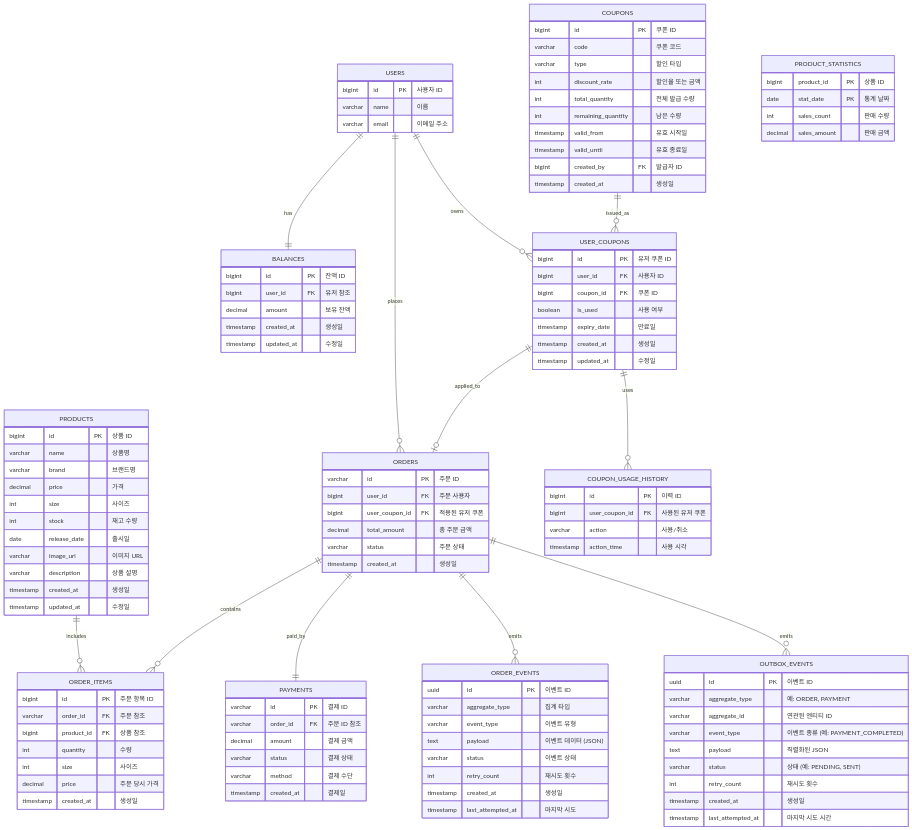
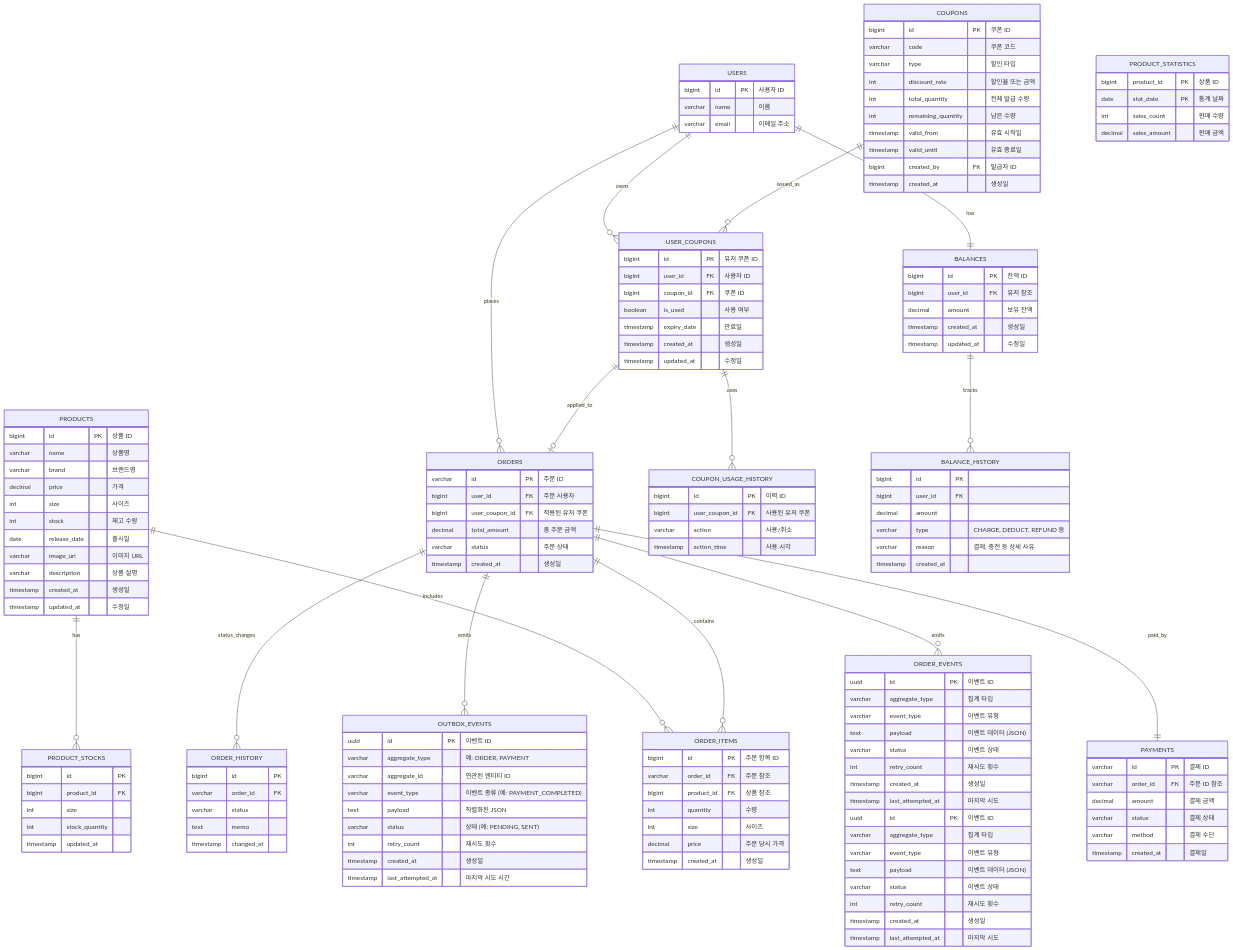
One commit to thedev-junyoung/hanghae-plus-3wd changed the diagram in docs/er-diagram/er-diagram.md. Above: the diagram before and after it, drawn with Mermaid. The commit also changed 3 other files, not shown here.

```diff
--- a/docs/er-diagram/er-diagram.md
+++ b/docs/er-diagram/er-diagram.md
@@ -12,6 +12,9 @@
     COUPONS ||--o{ USER_COUPONS : issued_as
     USER_COUPONS ||--o| ORDERS : applied_to
     USER_COUPONS ||--o{ COUPON_USAGE_HISTORY : uses
+    PRODUCTS ||--o{ PRODUCT_STOCKS : has
+    BALANCES ||--o{ BALANCE_HISTORY : tracks
+    ORDERS ||--o{ ORDER_HISTORY : status_changes
 
     USERS {
         bigint id PK "사용자 ID"
@@ -26,7 +29,14 @@
         timestamp created_at "생성일"
         timestamp updated_at "수정일"
     }
-
+    BALANCE_HISTORY {
+        bigint id PK
+        bigint user_id FK
+        decimal amount
+        varchar type "CHARGE, DEDUCT, REFUND 등"
+        varchar reason "결제, 충전 등 상세 사유"
+        timestamp created_at
+    }
     PRODUCTS {
         bigint id PK "상품 ID"
         varchar name "상품명"
@@ -40,7 +50,13 @@
         timestamp created_at "생성일"
         timestamp updated_at "수정일"
     }
-
+    PRODUCT_STOCKS {
+        bigint id PK
+        bigint product_id FK
+        int size
+        int stock_quantity
+        timestamp updated_at
+    }
     ORDERS {
         varchar id PK "주문 ID"
         bigint user_id FK "주문 사용자"
@@ -49,7 +65,23 @@
         varchar status "주문 상태"
         timestamp created_at "생성일"
     }
-
+    ORDER_HISTORY {
+        bigint id PK
+        varchar order_id FK
+        varchar status
+        text memo
+        timestamp changed_at
+    }
+    ORDER_EVENTS {
+        uuid id PK "이벤트 ID"
+        varchar aggregate_type "집계 타입"
+        varchar event_type "이벤트 유형"
+        text payload "이벤트 데이터 (JSON)"
+        varchar status "이벤트 상태"
+        int retry_count "재시도 횟수"
+        timestamp created_at "생성일"
+        timestamp last_attempted_at "마지막 시도"
+    }
     ORDER_ITEMS {
         bigint id PK "주문 항목 ID"
         varchar order_id FK "주문 참조"
```
